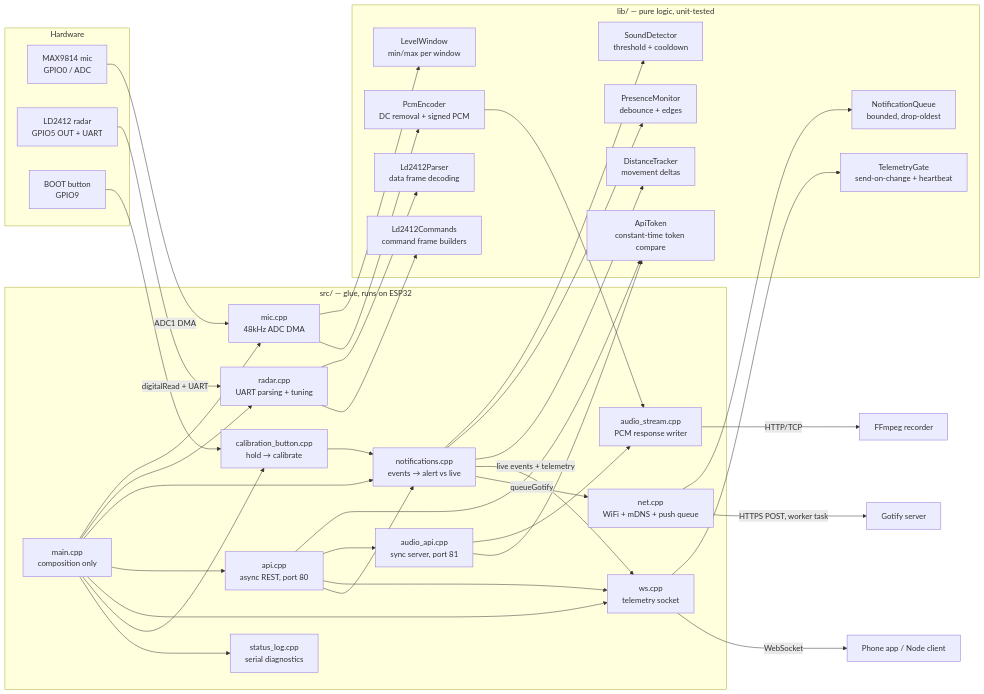
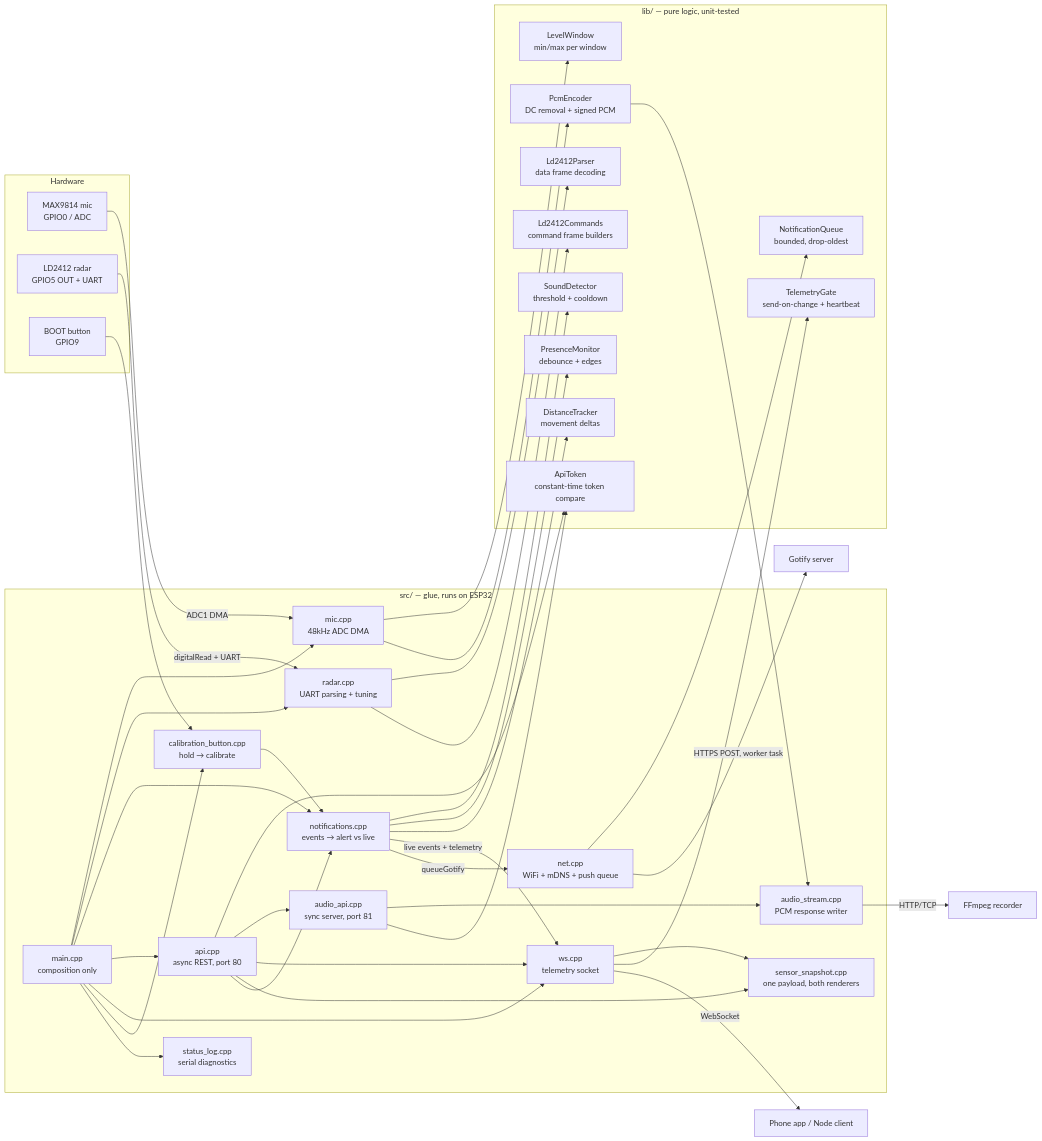
Before and after one commit to patbaumgartner/esp32-room-watchdog: the diagram in docs/architecture.md, drawn with Mermaid. The commit also changed 3 other files, not shown here.

````diff
--- a/docs/architecture.md
+++ b/docs/architecture.md
@@ -16,62 +16,65 @@
 ```mermaid
 flowchart LR
     subgraph hardware [Hardware]
         MIC[MAX9814 mic<br/>GPIO0 / ADC]
         RADAR[LD2412 radar<br/>GPIO5 OUT + UART]
         BTN[BOOT button<br/>GPIO9]
     end
 
     subgraph src [src/ — glue, runs on ESP32]
         LOOP[main.cpp<br/>composition only]
         MICG[mic.cpp<br/>48kHz ADC DMA]
         AUDIO[audio_stream.cpp<br/>PCM response writer]
         AAPI[audio_api.cpp<br/>sync server, port 81]
         RADG[radar.cpp<br/>UART parsing + tuning]
         NOTIF[notifications.cpp<br/>events → alert vs live]
         API[api.cpp<br/>async REST, port 80]
         WSG[ws.cpp<br/>telemetry socket]
+        SNAP[sensor_snapshot.cpp<br/>one payload, both renderers]
         CBTN[calibration_button.cpp<br/>hold → calibrate]
         SLOG[status_log.cpp<br/>serial diagnostics]
         NET[net.cpp<br/>WiFi + mDNS + push queue]
     end
 
     subgraph lib [lib/ — pure logic, unit-tested]
         LW[LevelWindow<br/>min/max per window]
         PCM[PcmEncoder<br/>DC removal + signed PCM]
         AT[ApiToken<br/>constant-time token compare]
         SD[SoundDetector<br/>threshold + cooldown]
         PM[PresenceMonitor<br/>debounce + edges]
         DT[DistanceTracker<br/>movement deltas]
         LP[Ld2412Parser<br/>data frame decoding]
         LC[Ld2412Commands<br/>command frame builders]
         TG[TelemetryGate<br/>send-on-change + heartbeat]
         NQ[NotificationQueue<br/>bounded, drop-oldest]
     end
 
     MIC -->|ADC1 DMA| MICG --> LW
     MICG --> PCM --> AUDIO -->|HTTP/TCP| RECORDER[FFmpeg recorder]
     AAPI --> AUDIO
     AAPI --> AT
     RADAR -->|digitalRead + UART| RADG --> LP
     RADG --> LC
     BTN --> CBTN
     LOOP --> MICG
     LOOP --> RADG
     LOOP --> NOTIF
     LOOP --> API
     LOOP --> WSG
     API --> AT
     API --> AAPI
     API --> WSG
+    API --> SNAP
+    WSG --> SNAP
     WSG --> TG
     LOOP --> CBTN
     LOOP --> SLOG
     API --> NOTIF
     CBTN --> NOTIF
     NOTIF --> SD
     NOTIF --> PM
     NOTIF --> DT
     NOTIF -->|live events + telemetry| WSG -->|WebSocket| APP[Phone app / Node client]
     NOTIF -->|queueGotify| NET --> NQ
     NET -->|HTTPS POST, worker task| GOTIFY[Gotify server]
 ```
````
